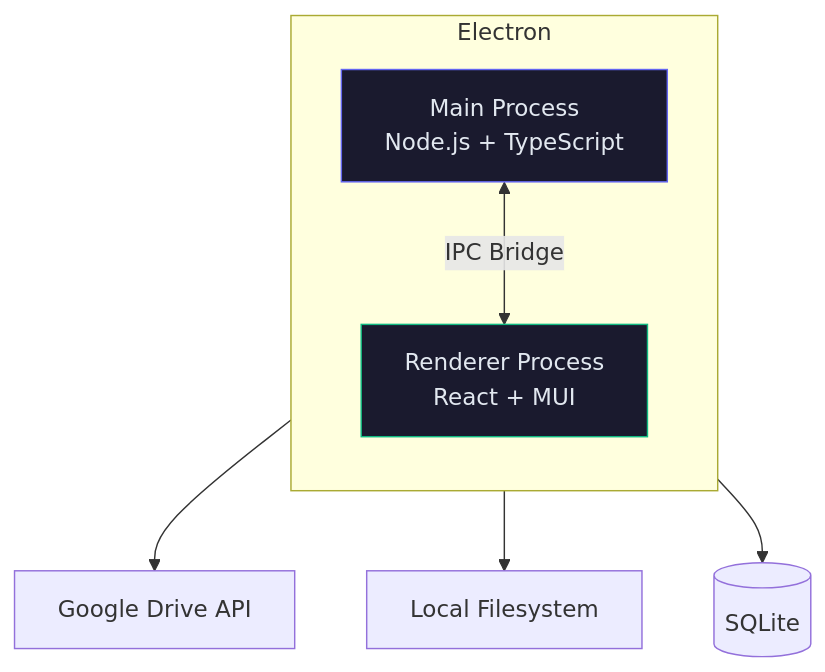
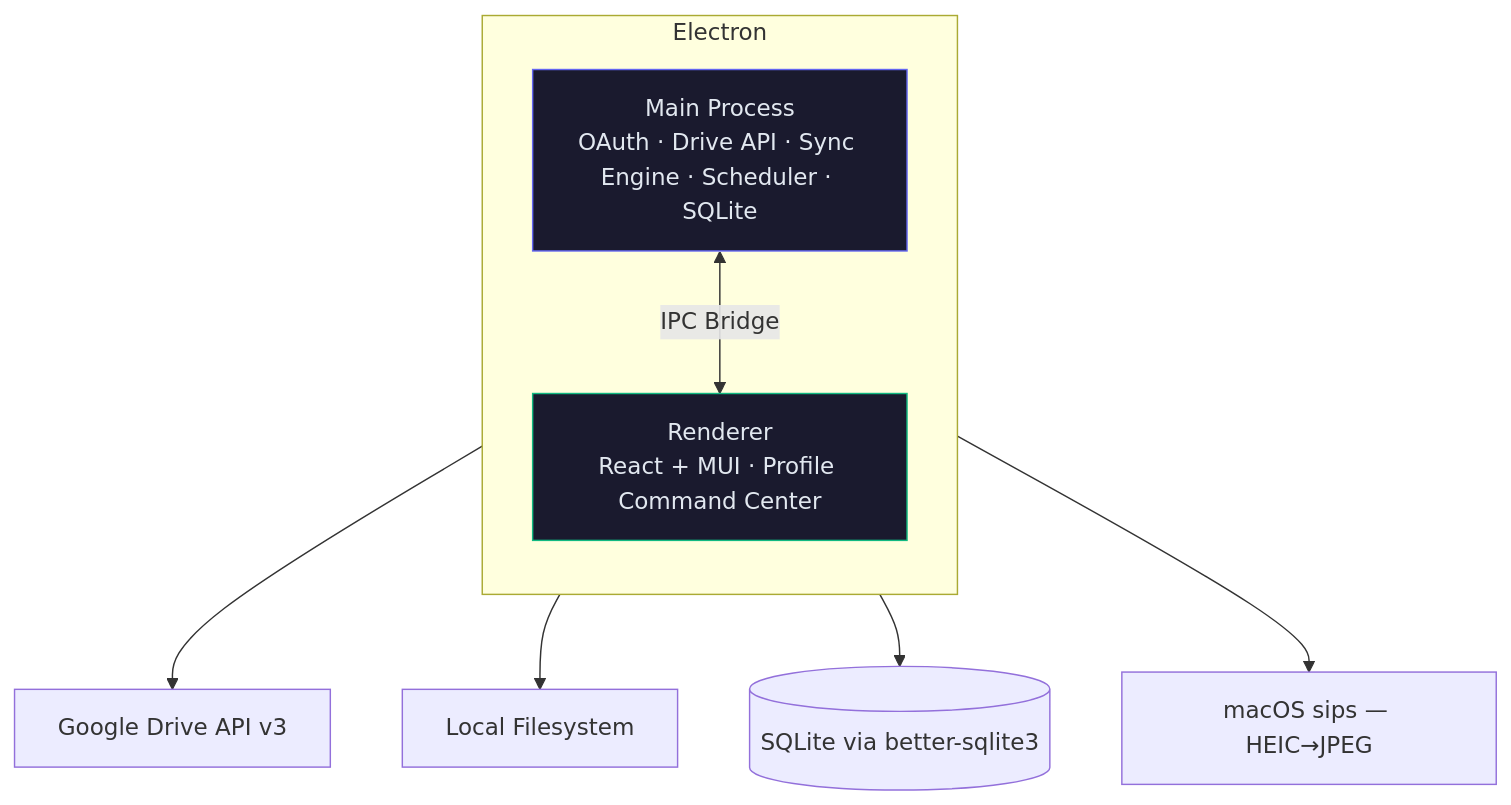
One commit to jpurusho/gdrive changed the second of 2 diagrams in README.md. Above: the diagram before and after it, drawn with Mermaid. The commit also changed other lines of this file, not shown here.

First line of the commit message:
Overhaul README for v2.2.0 — Profile Command Center design

````diff
--- a/README.md
+++ b/README.md
@@ -95,16 +85,17 @@
 ```mermaid
 graph TB
     subgraph Electron
         direction TB
-        MAIN[Main Process<br/>Node.js + TypeScript]
-        RENDER[Renderer Process<br/>React + MUI]
+        MAIN[Main Process<br/>OAuth · Drive API · Sync Engine · Scheduler · SQLite]
+        RENDER[Renderer<br/>React + MUI · Profile Command Center]
     end
 
     MAIN <-->|IPC Bridge| RENDER
-    MAIN --> GAPI[Google Drive API]
+    MAIN --> GAPI[Google Drive API v3]
     MAIN --> FS[Local Filesystem]
-    MAIN --> DB[(SQLite)]
+    MAIN --> DB[(SQLite via better-sqlite3)]
+    MAIN --> SIPS[macOS sips — HEIC→JPEG]
 
     style MAIN fill:#1a1a2e,stroke:#6366f1,color:#e2e8f0
     style RENDER fill:#1a1a2e,stroke:#10b981,color:#e2e8f0
 ```
````
